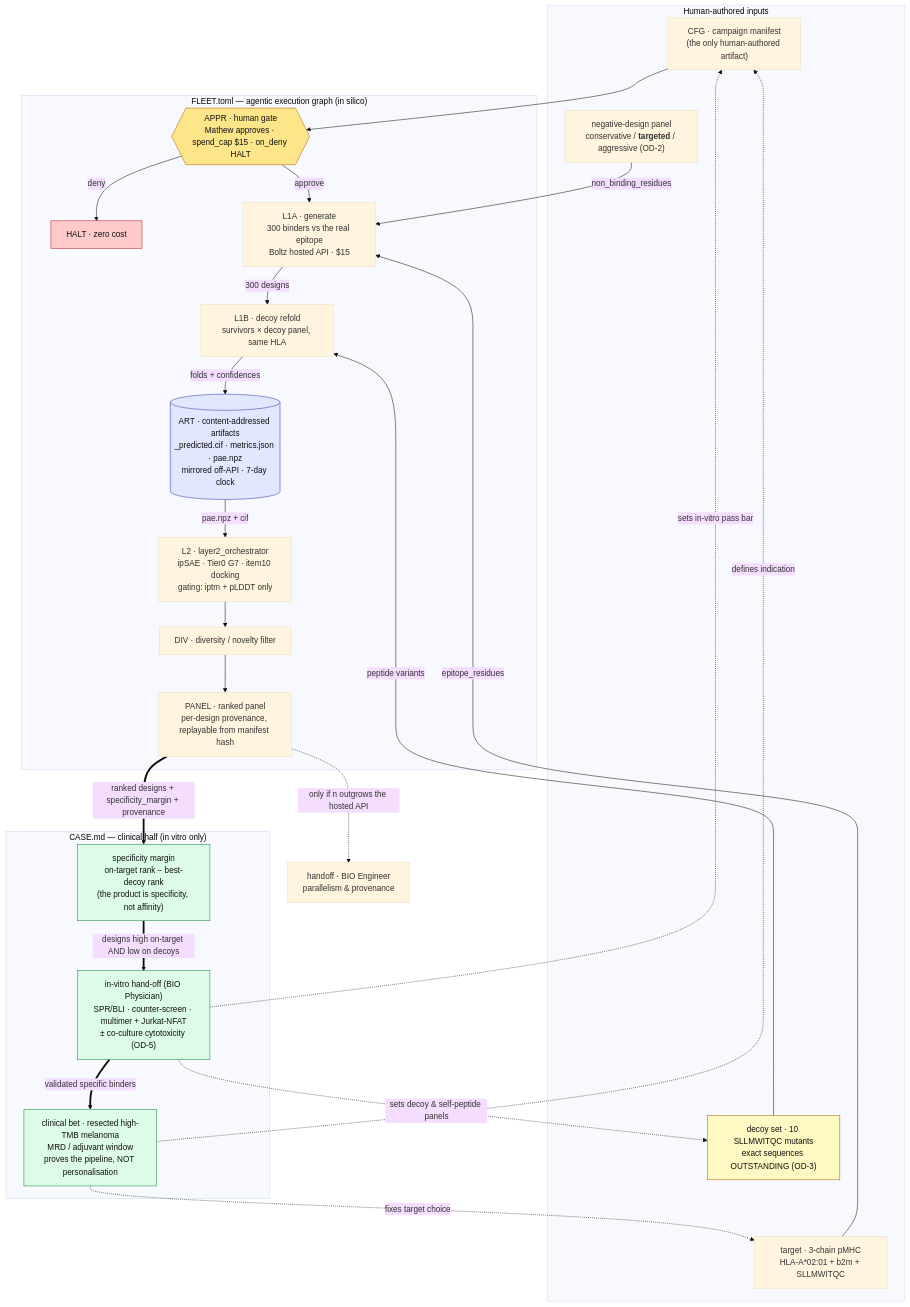
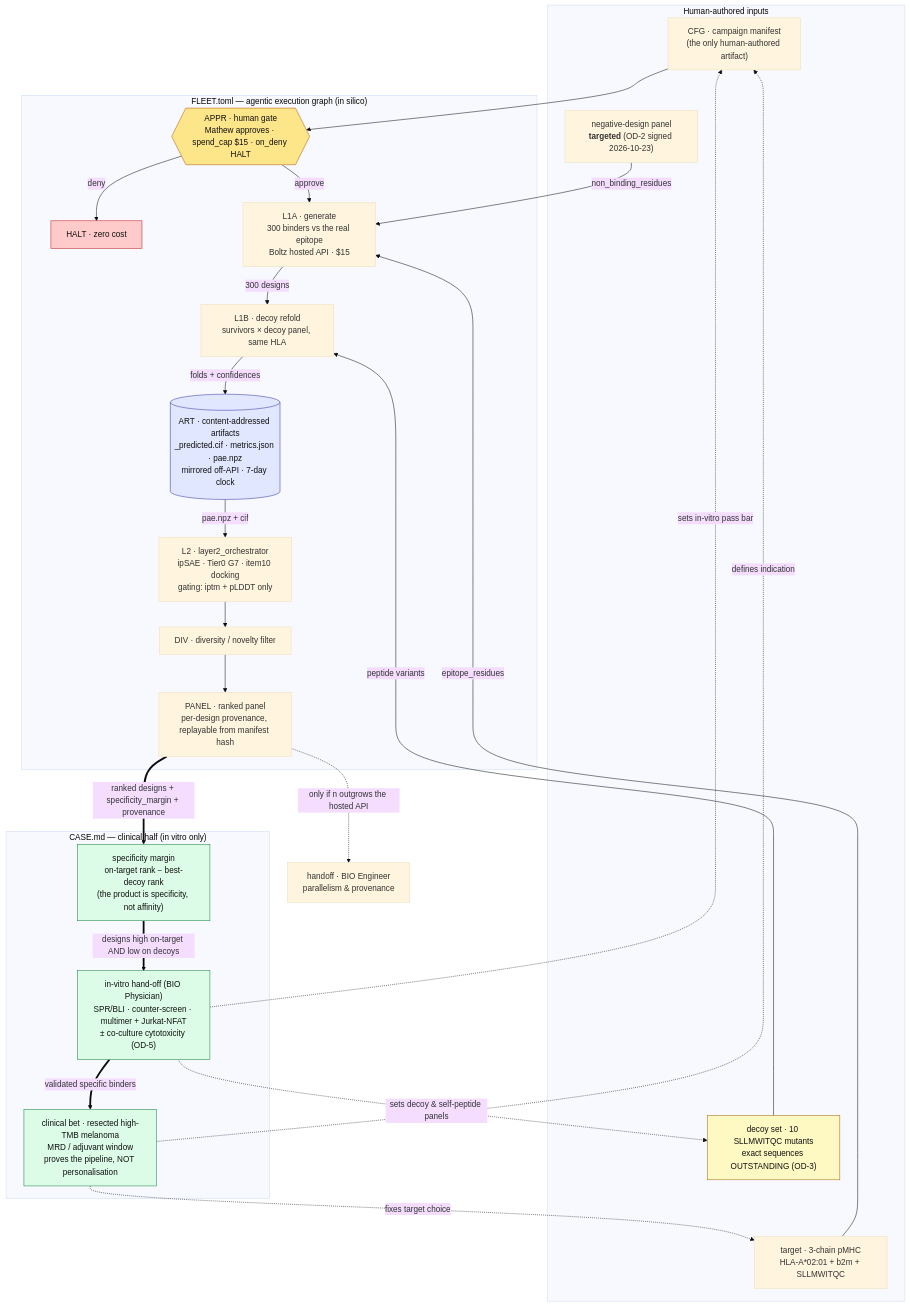
The diagram in fleets/campaigns/NYESO1-A0201/arch.mermaid (wetware-hq/wing), drawn with Mermaid (base theme) before and after one commit. The commit also changed 10 other files, not shown here.

```diff
--- a/fleets/campaigns/NYESO1-A0201/arch.mermaid
+++ b/fleets/campaigns/NYESO1-A0201/arch.mermaid
@@ -1,68 +1,68 @@
 %% arch.mermaid — planned information transport, FLEET >> CASE
 %% Target NYESO1-A0201. Companion to FLEET.toml (machine half) and CASE.md (clinical half).
 %% Spend/submission status: see FLEET.toml spent_to_date_usd / submitted_to_date. Solid edges = execution; thick edges = the fleet>>case transport; dashed = requirements defined back by the case.
 flowchart TD
 
     subgraph HUMAN["Human-authored inputs"]
         CFG["CFG · campaign manifest<br/>(the only human-authored artifact)"]
-        NEG["negative-design panel<br/>conservative / <b>targeted</b> / aggressive (OD-2)"]
+        NEG["negative-design panel<br/><b>targeted</b> (OD-2 signed 2026-10-23)"]
         DEC["decoy set · 10 SLLMWITQC mutants<br/>exact sequences OUTSTANDING (OD-3)"]
         TGT["target · 3-chain pMHC<br/>HLA-A*02:01 + b2m + SLLMWITQC"]
     end
 
     subgraph FLEET["FLEET.toml — agentic execution graph (in silico)"]
         APPR{{"APPR · human gate<br/>Mathew approves · spend_cap $15 · on_deny HALT"}}
         HALT["HALT · zero cost"]
         L1A["L1A · generate<br/>300 binders vs the real epitope<br/>Boltz hosted API · $15"]
         L1B["L1B · decoy refold<br/>survivors × decoy panel, same HLA"]
         ART[("ART · content-addressed artifacts<br/>_predicted.cif · metrics.json · pae.npz<br/>mirrored off-API · 7-day clock")]
         L2["L2 · layer2_orchestrator<br/>ipSAE · Tier0 G7 · item10 docking<br/>gating: iptm + pLDDT only"]
         DIV["DIV · diversity / novelty filter"]
         PANEL["PANEL · ranked panel<br/>per-design provenance, replayable from manifest hash"]
     end
 
     subgraph CASE["CASE.md — clinical half (in vitro only)"]
         MARGIN["specificity margin<br/>on-target rank − best-decoy rank<br/>(the product is specificity, not affinity)"]
         INVITRO["in-vitro hand-off (BIO Physician)<br/>SPR/BLI · counter-screen · multimer + Jurkat-NFAT<br/>± co-culture cytotoxicity (OD-5)"]
         CLIN["clinical bet · resected high-TMB melanoma<br/>MRD / adjuvant window<br/>proves the pipeline, NOT personalisation"]
     end
 
     %% requirements the case defines back into the inputs (dashed, case >> fleet)
     CLIN -.->|defines indication| CFG
     CLIN -.->|fixes target choice| TGT
     INVITRO -.->|sets decoy & self-peptide panels| DEC
     INVITRO -.->|sets in-vitro pass bar| CFG
 
     %% human inputs into the graph
     CFG --> APPR
     NEG -->|non_binding_residues| L1A
     TGT -->|epitope_residues| L1A
     DEC -->|peptide variants| L1B
 
     %% forward execution + information transport inside the fleet
     APPR -->|deny| HALT
     APPR -->|approve| L1A
     L1A -->|300 designs| L1B
     L1B -->|folds + confidences| ART
     ART -->|pae.npz + cif| L2
     L2 --> DIV
     DIV --> PANEL
 
     %% the fleet >> case transport (thick)
     PANEL ==>|ranked designs + specificity_margin + provenance| MARGIN
     MARGIN ==>|designs high on-target AND low on decoys| INVITRO
     INVITRO ==>|validated specific binders| CLIN
 
     %% scale handoff
     PANEL -.->|only if n outgrows the hosted API| ENG["handoff · BIO Engineer<br/>parallelism & provenance"]
 
     classDef gate fill:#fde68a,stroke:#b45309,color:#111;
     classDef halt fill:#fecaca,stroke:#b91c1c,color:#111;
     classDef store fill:#e0e7ff,stroke:#3730a3,color:#111;
     classDef caseNode fill:#dcfce7,stroke:#15803d,color:#111;
     classDef warn fill:#fef9c3,stroke:#a16207,color:#111;
     class APPR gate;
     class HALT halt;
     class ART store;
     class MARGIN,INVITRO,CLIN caseNode;
     class DEC warn;
```
